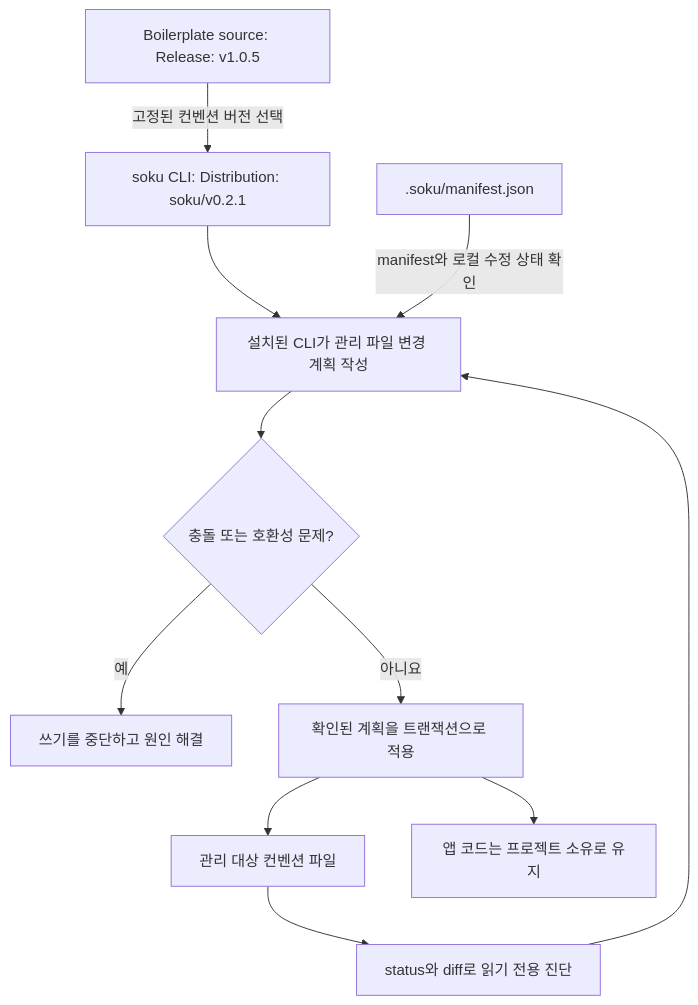
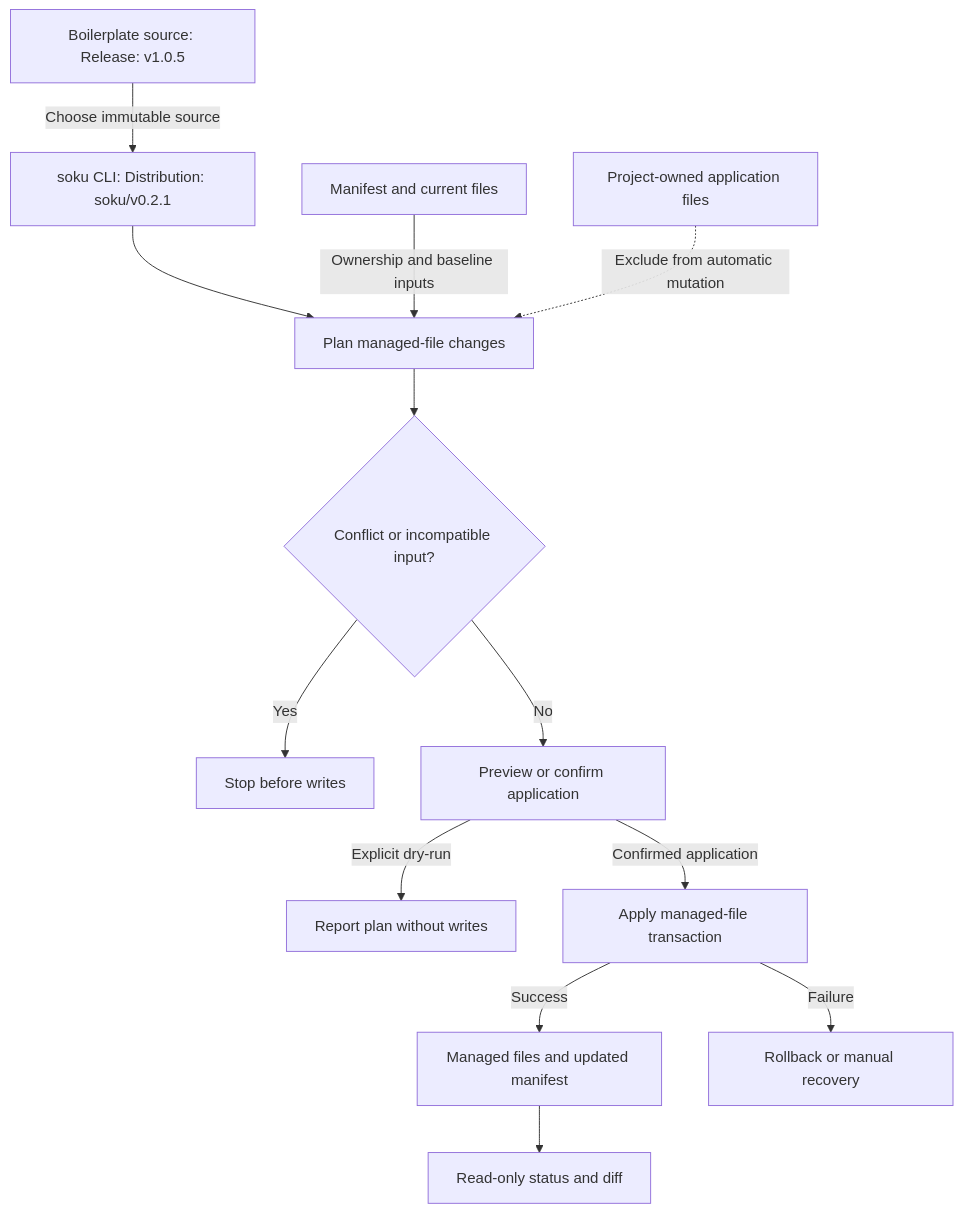
One commit to Soku-JINSEOK/Soku-Convention-Boilerplate changed the diagram in README.ko.md. Above: the diagram before and after it, drawn with Mermaid. The commit also changed other lines of this file and 30 other files, not shown here.

First line of the commit message:
📚 docs(diagrams): align English views with implemented behavior

````diff
--- a/README.ko.md
+++ b/README.ko.md
@@ -109,13 +111,15 @@
 ```mermaid
 flowchart TD
-  source["Boilerplate source: Release: v1.0.5"] -->|"고정된 컨벤션 버전 선택"| engine["soku CLI: Distribution: soku/v0.2.1"]
-  engine --> plan["설치된 CLI가 관리 파일 변경 계획 작성"]
-  manifest[".soku/manifest.json"] -->|"manifest와 로컬 수정 상태 확인"| plan
-  plan --> conflict{"충돌 또는 호환성 문제?"}
-  conflict -->|"예"| stopNode["쓰기를 중단하고 원인 해결"]
-  conflict -->|"아니요"| apply["확인된 계획을 트랜잭션으로 적용"]
-  apply --> owned["관리 대상 컨벤션 파일"]
-  apply --> state["앱 코드는 프로젝트 소유로 유지"]
-  owned --> inspect["status와 diff로 읽기 전용 진단"]
-  inspect --> plan
+  source["Boilerplate source: Release: v1.0.5"] -->|"Choose immutable source"| engine["soku CLI: Distribution: soku/v0.2.1"]
+  engine --> plan["Plan managed-file changes"]
+  manifest["Manifest and current files"] -->|"Ownership and baseline inputs"| plan
+  project["Project-owned application files"] -.->|"Exclude from automatic mutation"| plan
+  plan --> conflict{"Conflict or incompatible input?"}
+  conflict -->|"Yes"| stopNode["Stop before writes"]
+  conflict -->|"No"| consent["Preview or confirm application"]
+  consent -->|"Explicit dry-run"| preview["Report plan without writes"]
+  consent -->|"Confirmed application"| apply["Apply managed-file transaction"]
+  apply -->|"Success"| owned["Managed files and updated manifest"]
+  apply -->|"Failure"| recovery["Rollback or manual recovery"]
+  owned --> inspect["Read-only status and diff"]
 ```
````
